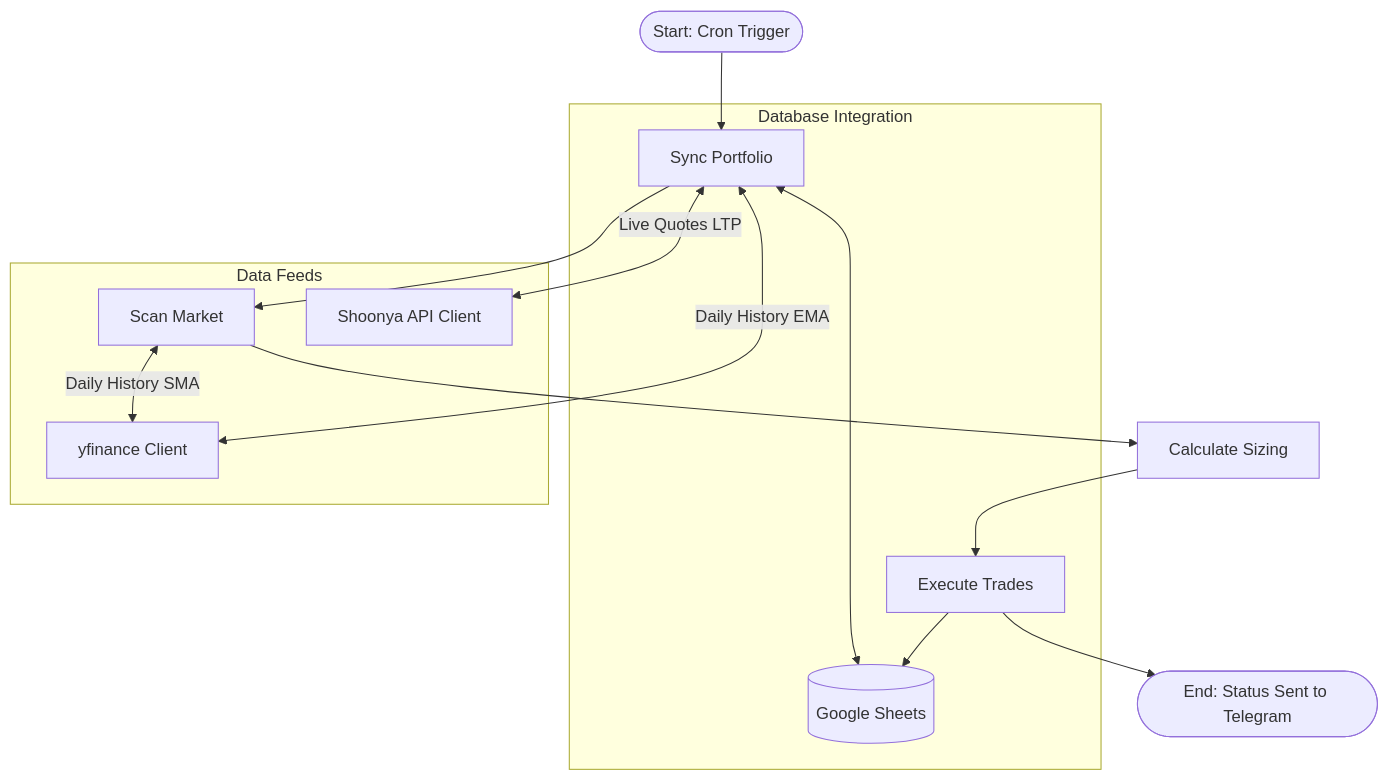
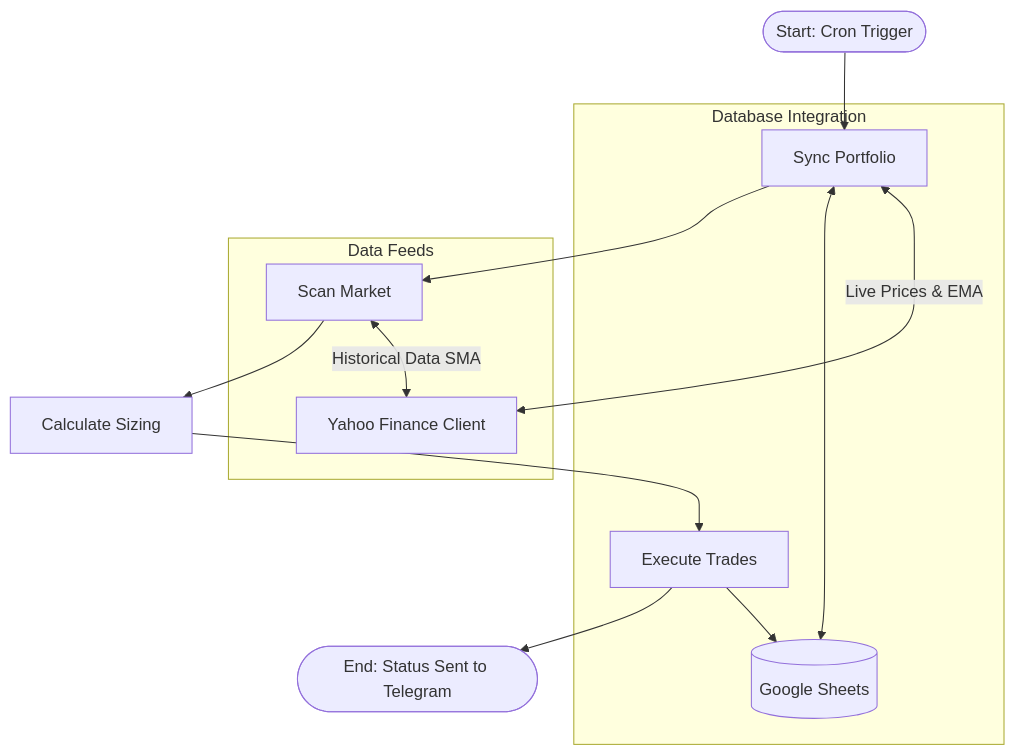
One commit to ckbasak/Swing-Trading changed the diagram in final_system_blueprint.md. Above: the diagram before and after it, drawn with Mermaid. The commit also changed other lines of this file and 5 other files, not shown here.

Commit message:
Revert Shoonya API integration: remove shoonya_client.py, clean dependencies, restore yfinance as sole market data provider, and update documentation

````diff
--- a/final_system_blueprint.md
+++ b/final_system_blueprint.md
@@ -11,19 +11,18 @@
 ```mermaid
 graph TD
     A([Start: Cron Trigger]) --> B[Sync Portfolio]
     B --> C[Scan Market]
     C --> D[Calculate Sizing]
     D --> E[Execute Trades]
     E --> F([End: Status Sent to Telegram])
     
     subgraph Database Integration
         B <--> G[(Google Sheets)]
         E --> G
     end
     
     subgraph Data Feeds
-        B <-- Live Quotes LTP --> H[Shoonya API Client]
-        B <-- Daily History EMA --> I[yfinance Client]
-        C <-- Daily History SMA --> I
+        B <-- Live Prices & EMA --> I[Yahoo Finance Client]
+        C <-- Historical Data SMA --> I
     end
 ```
````
